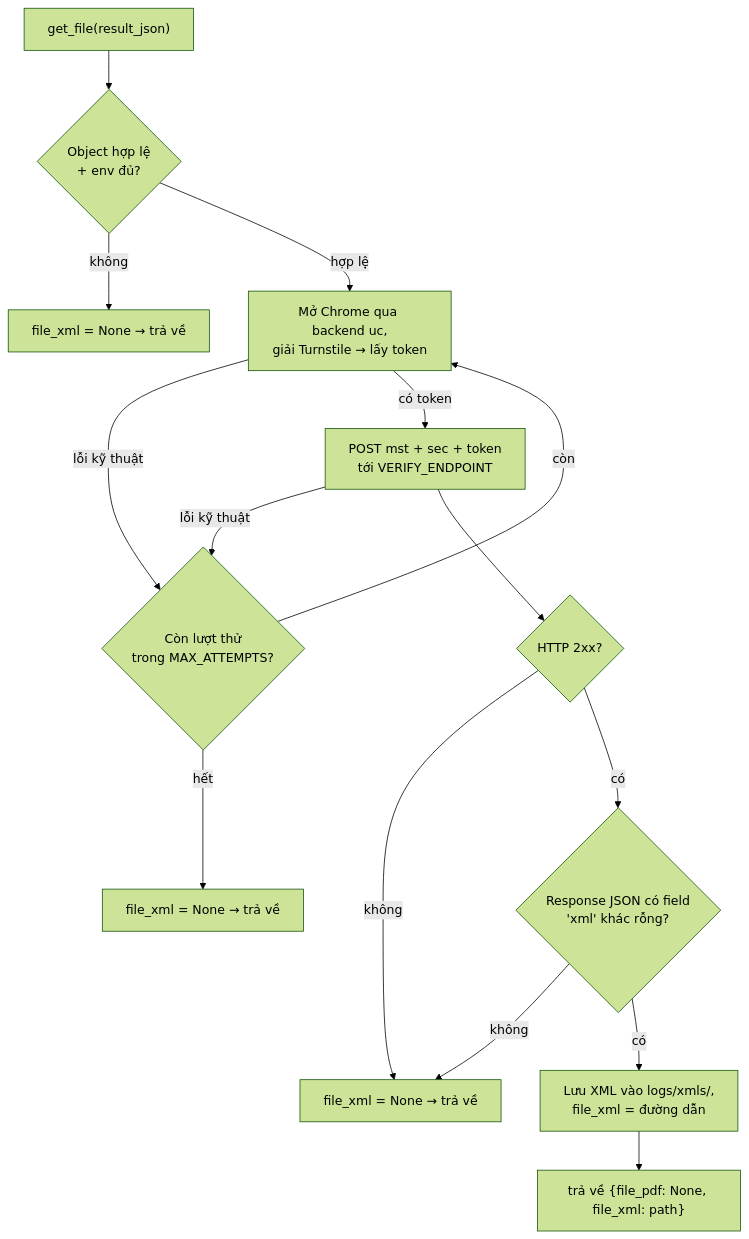
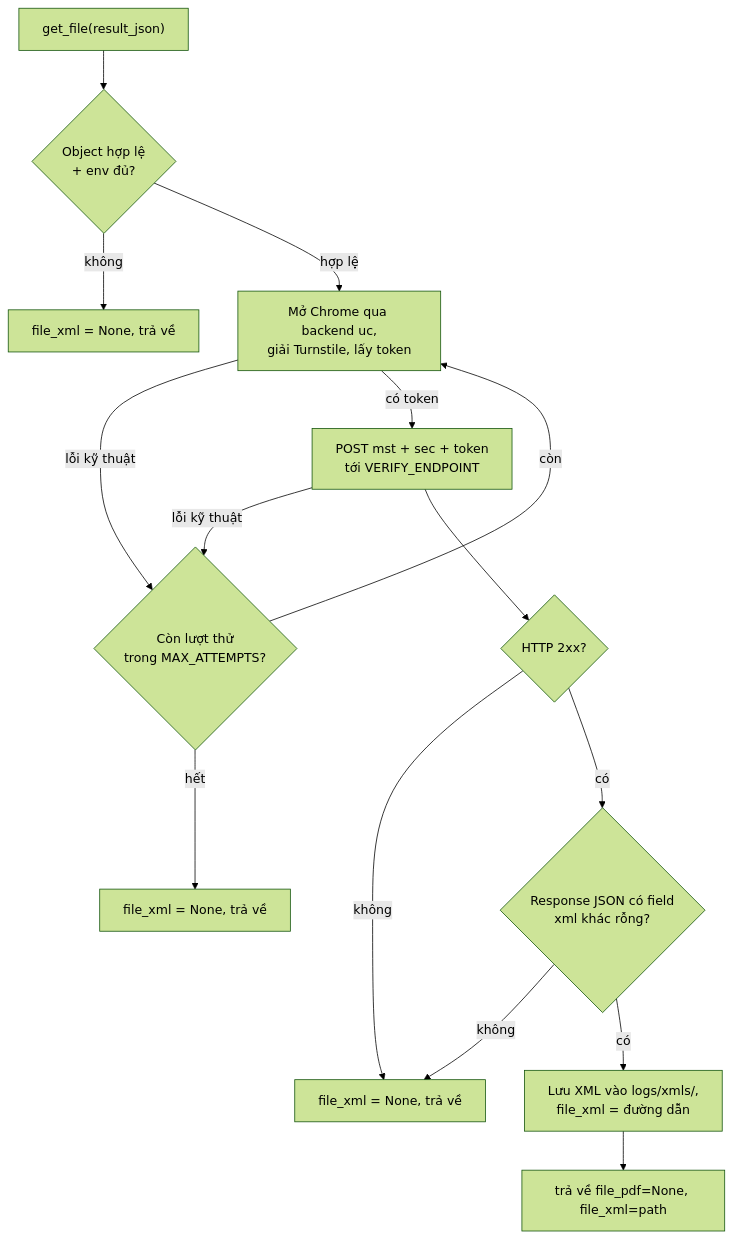
Before and after one commit to Le-atuan/turnstile-bypass-test: the second of 2 diagrams in README.vi.md, drawn with Mermaid (forest theme). The commit also changed other lines of this file and 1 other file, not shown here.

````diff
--- a/README.vi.md
+++ b/README.vi.md
@@ -171,17 +228,17 @@
 ```mermaid
 flowchart TD
-    A["get_file(result_json)"] --> B{Object hợp lệ<br/>+ env đủ?}
-    B -->|không| X[file_xml = None → trả về]
-    B -->|hợp lệ| C[Mở Chrome qua backend uc,<br/>giải Turnstile → lấy token]
-    C -->|lỗi kỹ thuật| E1{Còn lượt thử<br/>trong MAX_ATTEMPTS?}
-    C -->|có token| D[POST mst + sec + token<br/>tới VERIFY_ENDPOINT]
+    A["get_file(result_json)"] --> B{"Object hợp lệ<br/>+ env đủ?"}
+    B -->|không| X["file_xml = None, trả về"]
+    B -->|hợp lệ| C["Mở Chrome qua backend uc,<br/>giải Turnstile, lấy token"]
+    C -->|lỗi kỹ thuật| E1{"Còn lượt thử<br/>trong MAX_ATTEMPTS?"}
+    C -->|có token| D["POST mst + sec + token<br/>tới VERIFY_ENDPOINT"]
     D -->|lỗi kỹ thuật| E1
-    D --> G{HTTP 2xx?}
-    G -->|không| R[file_xml = None → trả về]
-    G -->|có| H{Response JSON có field<br/>'xml' khác rỗng?}
+    D --> G{"HTTP 2xx?"}
+    G -->|không| R["file_xml = None, trả về"]
+    G -->|có| H{"Response JSON có field<br/>xml khác rỗng?"}
     H -->|không| R
-    H -->|có| I[Lưu XML vào logs/xmls/,<br/>file_xml = đường dẫn]
-    I --> ACC["trả về {file_pdf: None, file_xml: path}"]
+    H -->|có| I["Lưu XML vào logs/xmls/,<br/>file_xml = đường dẫn"]
+    I --> ACC["trả về file_pdf=None, file_xml=path"]
     E1 -->|còn| C
-    E1 -->|hết| EF[file_xml = None → trả về]
+    E1 -->|hết| EF["file_xml = None, trả về"]
 ```
````
